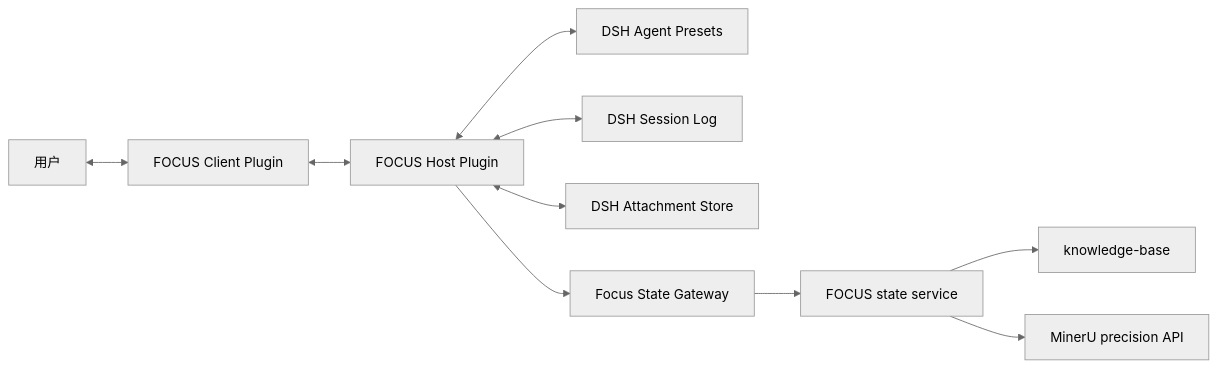
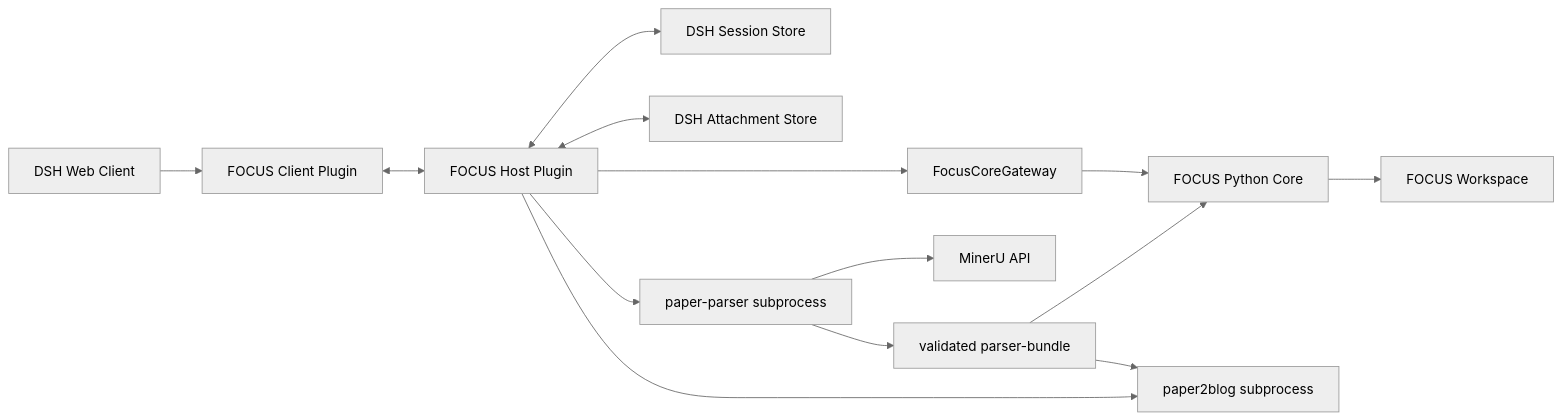
The diagram in docs/FOCUS_Phase2_DSH_Migration_and_Deployment.md (kongxiangcong/focus), drawn with Mermaid (neutral theme) before and after one commit. The commit also changed other lines of this file and 1 other file, not shown here.

````diff
--- a/docs/FOCUS_Phase2_DSH_Migration_and_Deployment.md
+++ b/docs/FOCUS_Phase2_DSH_Migration_and_Deployment.md
@@ -59,21 +121,26 @@
 ```mermaid
 flowchart LR
-    User[用户]
+    Browser[DSH Web Client]
     Client[FOCUS Client Plugin]
     Host[FOCUS Host Plugin]
-    Agent[DSH Agent Presets]
-    Session[DSH Session Log]
+    Sessions[DSH Session Store]
     Attach[DSH Attachment Store]
-    Gateway[Focus State Gateway]
-    Core[FOCUS state service]
-    KB[knowledge-base]
-    MinerU[MinerU precision API]
+    Gateway[FocusCoreGateway]
+    Py[FOCUS Python Core]
+    WS[FOCUS Workspace]
+    Parser[paper-parser subprocess]
+    Bundle[validated parser-bundle]
+    Blog[paper2blog subprocess]
+    MinerU[MinerU API]
 
-    User <--> Client
+    Browser --> Client
     Client <--> Host
-    Host <--> Agent
-    Host <--> Session
+    Host <--> Sessions
     Host <--> Attach
-    Host --> Gateway --> Core --> KB
-    Core --> MinerU
+    Host --> Gateway --> Py --> WS
+    Host --> Parser --> MinerU
+    Parser --> Bundle
+    Bundle --> Py
+    Host --> Blog
+    Bundle --> Blog
 ```
````
